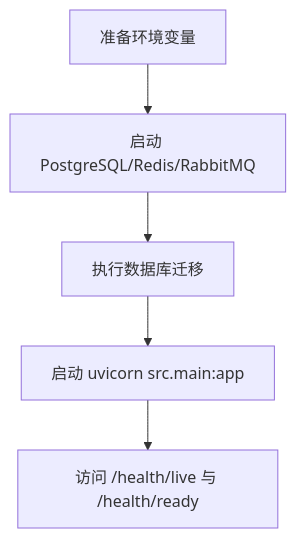
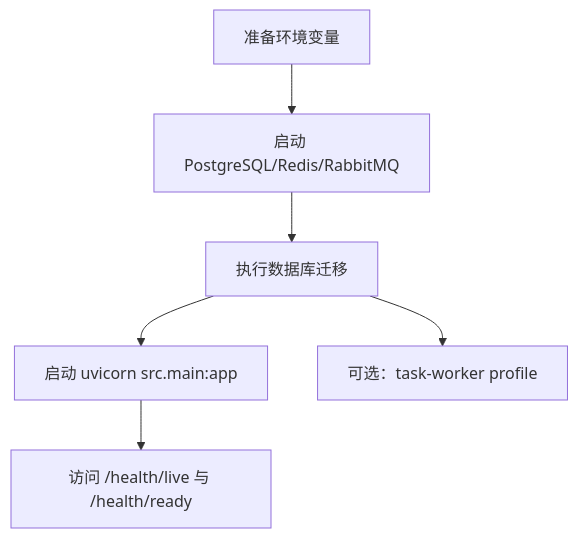
Before and after one commit to 1nuo123/python-web-fastapi: the diagram in docs/project_manual/00_project_overview/quick_start.md, drawn with Mermaid. The commit also changed other lines of this file and 304 other files, not shown here.

````diff
--- a/docs/project_manual/00_project_overview/quick_start.md
+++ b/docs/project_manual/00_project_overview/quick_start.md
@@ -40,7 +43,8 @@
 ```mermaid
 flowchart TD
     A["准备环境变量"] --> B["启动 PostgreSQL/Redis/RabbitMQ"]
     B --> C["执行数据库迁移"]
     C --> D["启动 uvicorn src.main:app"]
+    C --> W["可选：task-worker profile"]
     D --> E["访问 /health/live 与 /health/ready"]
 ```
````
